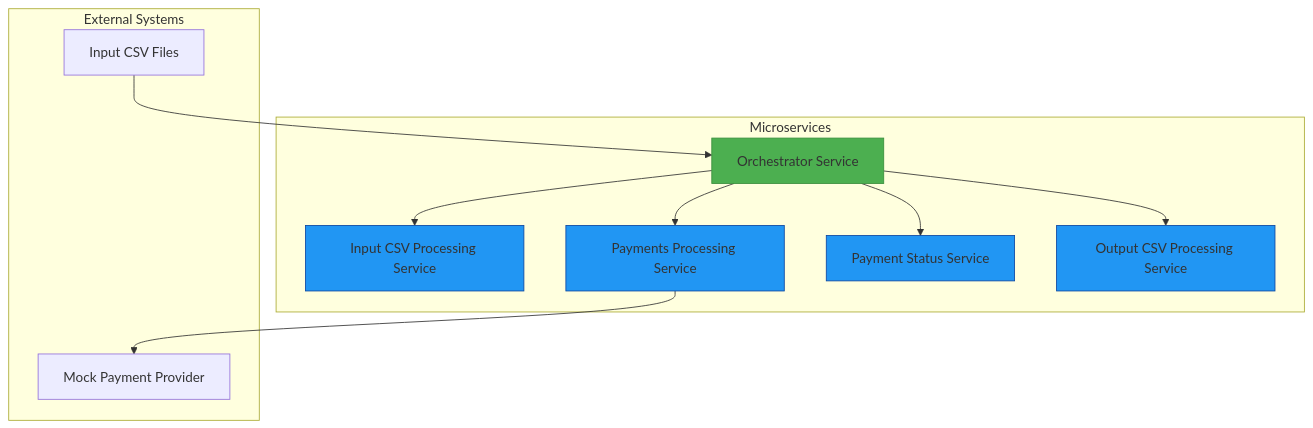
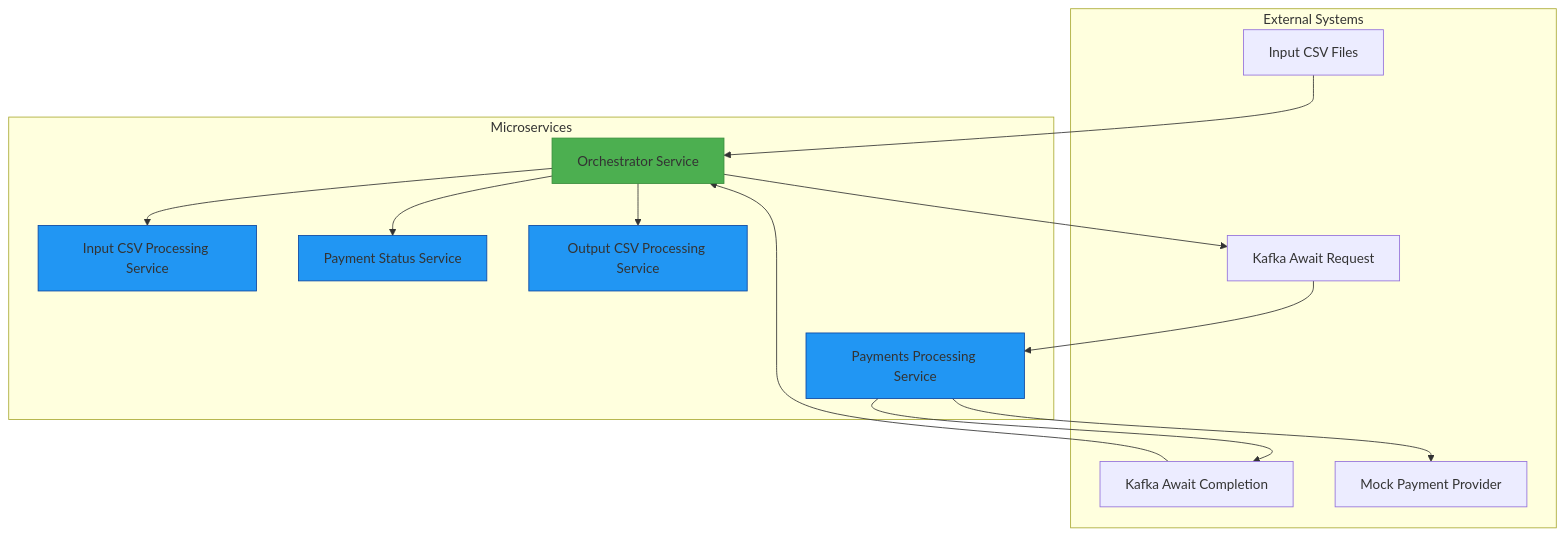
The first of 2 diagrams in examples/csv-payments/README.md (The-Pipeline-Framework/pipelineframework), drawn with Mermaid before and after one commit. The commit also changed other lines of this file and 42 other files, not shown here.

Commit message:
Implemented and validated the cardinalities-first, await/Kafka brokered, CSV Payments new version

````diff
--- a/examples/csv-payments/README.md
+++ b/examples/csv-payments/README.md
@@ -181,28 +211,33 @@
 ```mermaid
 graph TD
     A[Input CSV Files] --> B[Orchestrator Service]
     B --> C[Input CSV Processing Service]
-    B --> D[Payments Processing Service]
+    B --> K[Kafka Await Request]
+    K --> D[Payments Processing Service]
+    D --> L[Kafka Await Completion]
+    L --> B
     B --> E[Payment Status Service]
     B --> F[Output CSV Processing Service]
     D --> G[Mock Payment Provider]
     
     subgraph "Microservices"
         B
         C
         D
         E
         F
     end
     
     subgraph "External Systems"
         A
+        K
+        L
         G
     end
     
     style B fill:#4CAF50,stroke:#388E3C
     style C fill:#2196F3,stroke:#0D47A1
     style D fill:#2196F3,stroke:#0D47A1
     style E fill:#2196F3,stroke:#0D47A1
     style F fill:#2196F3,stroke:#0D47A1
 ```
````
